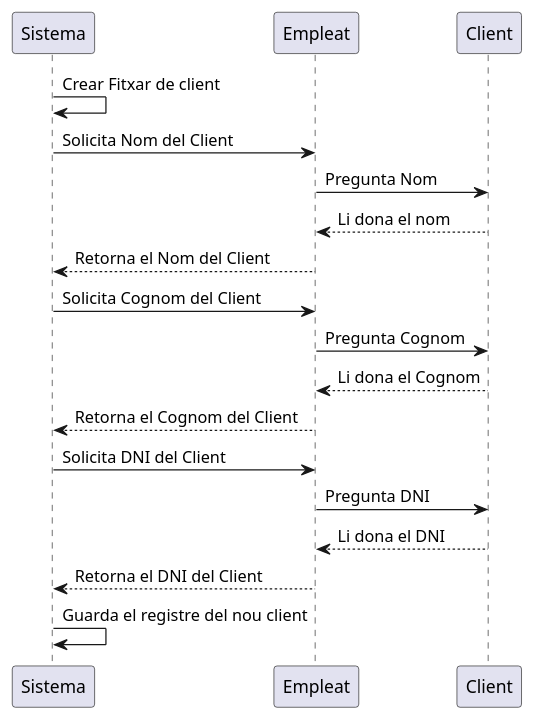
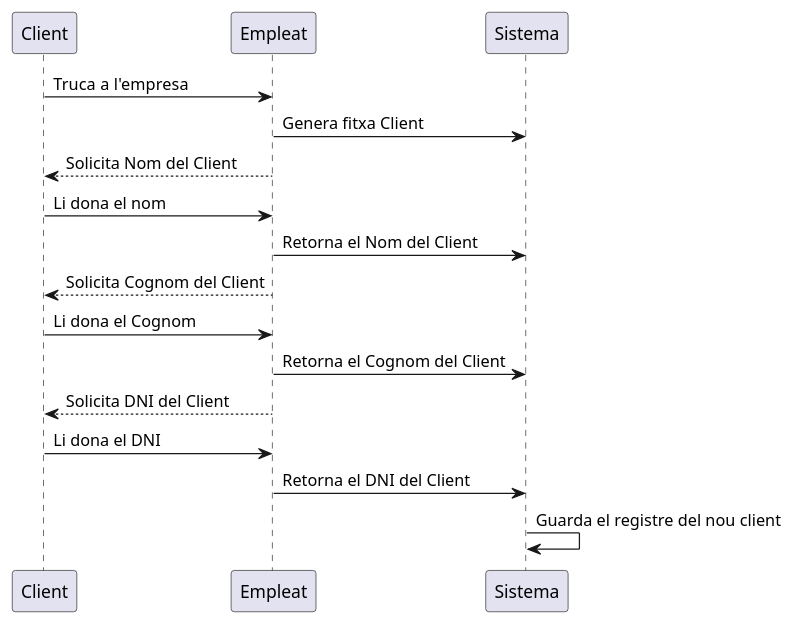
Before and after one commit to albert1413/M5_UML: the diagram in cervesa.plantuml, drawn with PlantUML. The commit also changed other lines of this file, not shown here.

Commit message:
Versio 2

```diff
--- a/cervesa.plantuml
+++ b/cervesa.plantuml
@@ -1,22 +2,20 @@
 @startuml
 
+participant Client 
+participant Empleat
 participant Sistema
-participant Empleat
-participant Client 
 
-Sistema->Sistema: Crear Fitxar de client
-Sistema -> Empleat: Solicita Nom del Client
-Empleat -> Client: Pregunta Nom
-Client --> Empleat: Li dona el nom
-Empleat --> Sistema: Retorna el Nom del Client
-Sistema -> Empleat: Solicita Cognom del Client
-Empleat -> Client: Pregunta Cognom
-Client --> Empleat: Li dona el Cognom
-Empleat --> Sistema: Retorna el Cognom del Client
-Sistema -> Empleat: Solicita DNI del Client
-Empleat -> Client: Pregunta DNI
-Client --> Empleat: Li dona el DNI
-Empleat --> Sistema: Retorna el DNI del Client
+Client->Empleat: Truca a l'empresa
+Empleat->Sistema: Genera fitxa Client
+Empleat --> Client: Solicita Nom del Client
+Client -> Empleat: Li dona el nom
+Empleat -> Sistema: Retorna el Nom del Client
+Empleat --> Client: Solicita Cognom del Client
+Client -> Empleat: Li dona el Cognom
+Empleat -> Sistema: Retorna el Cognom del Client
+Empleat --> Client: Solicita DNI del Client
+Client -> Empleat: Li dona el DNI
+Empleat -> Sistema: Retorna el DNI del Client
 Sistema->Sistema: Guarda el registre del nou client
 
 @enduml
```
